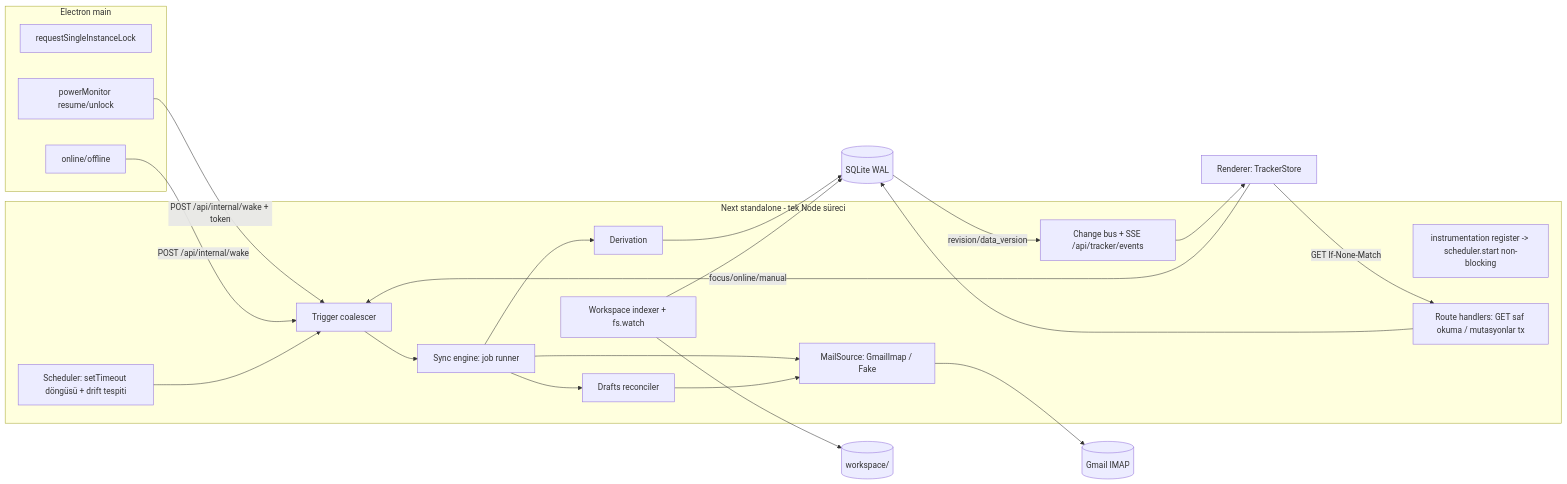
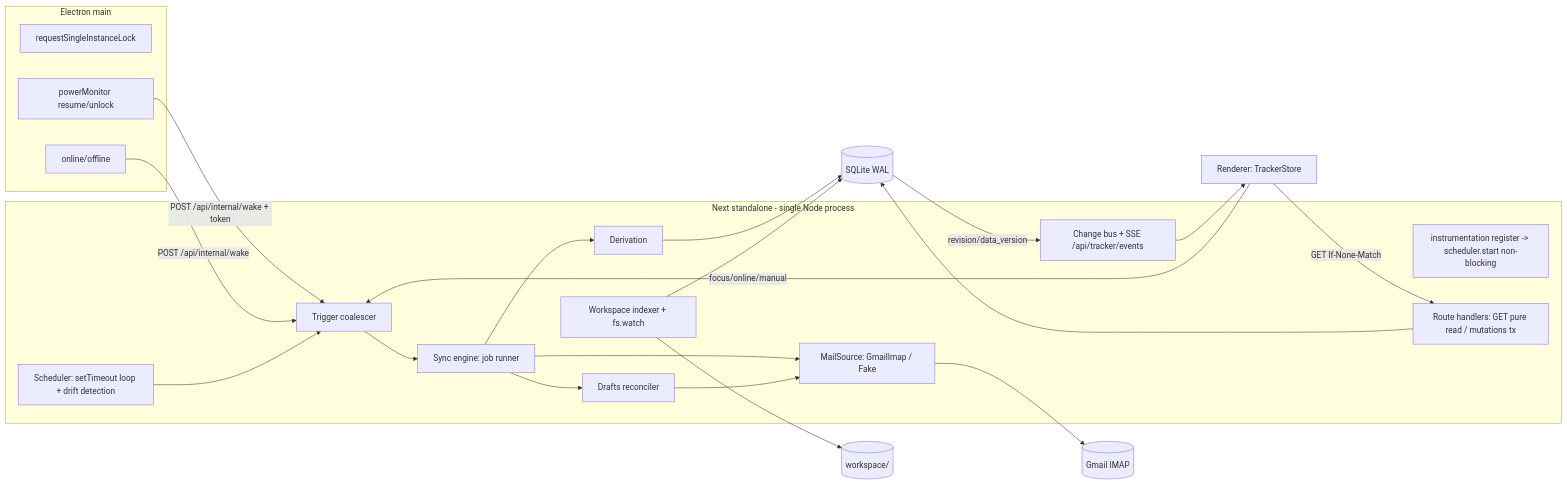
The first of 6 diagrams in docs/tracker-sync-architecture.md (kuralayusha/CMAE-public), drawn with Mermaid before and after one commit. The commit also changed other lines of this file, not shown here.

Commit message:
Translate tracker sync architecture doc to English

````diff
--- a/docs/tracker-sync-architecture.md
+++ b/docs/tracker-sync-architecture.md
@@ -222,37 +221,37 @@
 ```mermaid
 flowchart LR
   subgraph Electron_Main[Electron main]
     SIL[requestSingleInstanceLock]
     PM[powerMonitor resume/unlock]
     NET[online/offline]
   end
-  subgraph Next_Server[Next standalone - tek Node süreci]
+  subgraph Next_Server[Next standalone - single Node process]
     REG[instrumentation register -> scheduler.start non-blocking]
-    SCH[Scheduler: setTimeout döngüsü + drift tespiti]
+    SCH[Scheduler: setTimeout loop + drift detection]
     TRG[Trigger coalescer]
     ENG[Sync engine: job runner]
     MS[MailSource: GmailImap / Fake]
     DER[Derivation]
     DR[Drafts reconciler]
     WS[Workspace indexer + fs.watch]
-    API[Route handlers: GET saf okuma / mutasyonlar tx]
+    API[Route handlers: GET pure read / mutations tx]
     EV[Change bus + SSE /api/tracker/events]
   end
   DB[(SQLite WAL)]
   GM[(Gmail IMAP)]
   FS[(workspace/)]
   UI[Renderer: TrackerStore]
 
   PM -- POST /api/internal/wake + token --> TRG
   NET -- POST /api/internal/wake --> TRG
   UI -- focus/online/manual --> TRG
   SCH --> TRG --> ENG
   ENG --> MS --> GM
   ENG --> DER --> DB
   ENG --> DR --> MS
   WS --> FS
   WS --> DB
   API --> DB
   DB -- revision/data_version --> EV --> UI
   UI -- GET If-None-Match --> API
 ```
````
